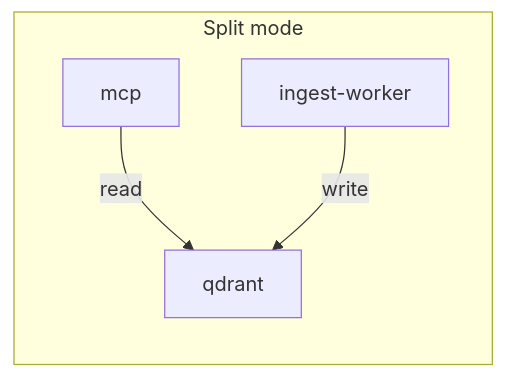
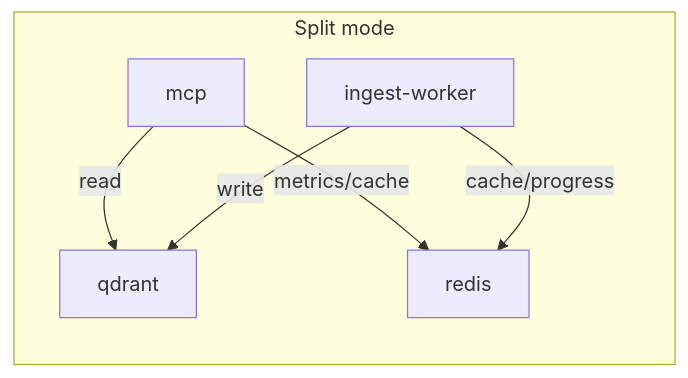
One commit to mussolene/onec-context-mcp changed the first of 2 diagrams in docs/reference/architecture.md. Above: the diagram before and after it, drawn with Mermaid. The commit also changed other lines of this file and 53 other files, not shown here.

````diff
--- a/docs/reference/architecture.md
+++ b/docs/reference/architecture.md
@@ -32,10 +33,13 @@
 ```mermaid
 flowchart LR
     subgraph split [Split mode]
         mcpApi[mcp]
+        redis[redis]
         ingestWorker[ingest-worker]
         qdrant[qdrant]
     end
     mcpApi -->|read| qdrant
+    mcpApi -->|metrics/cache| redis
     ingestWorker -->|write| qdrant
+    ingestWorker -->|cache/progress| redis
 ```
````
